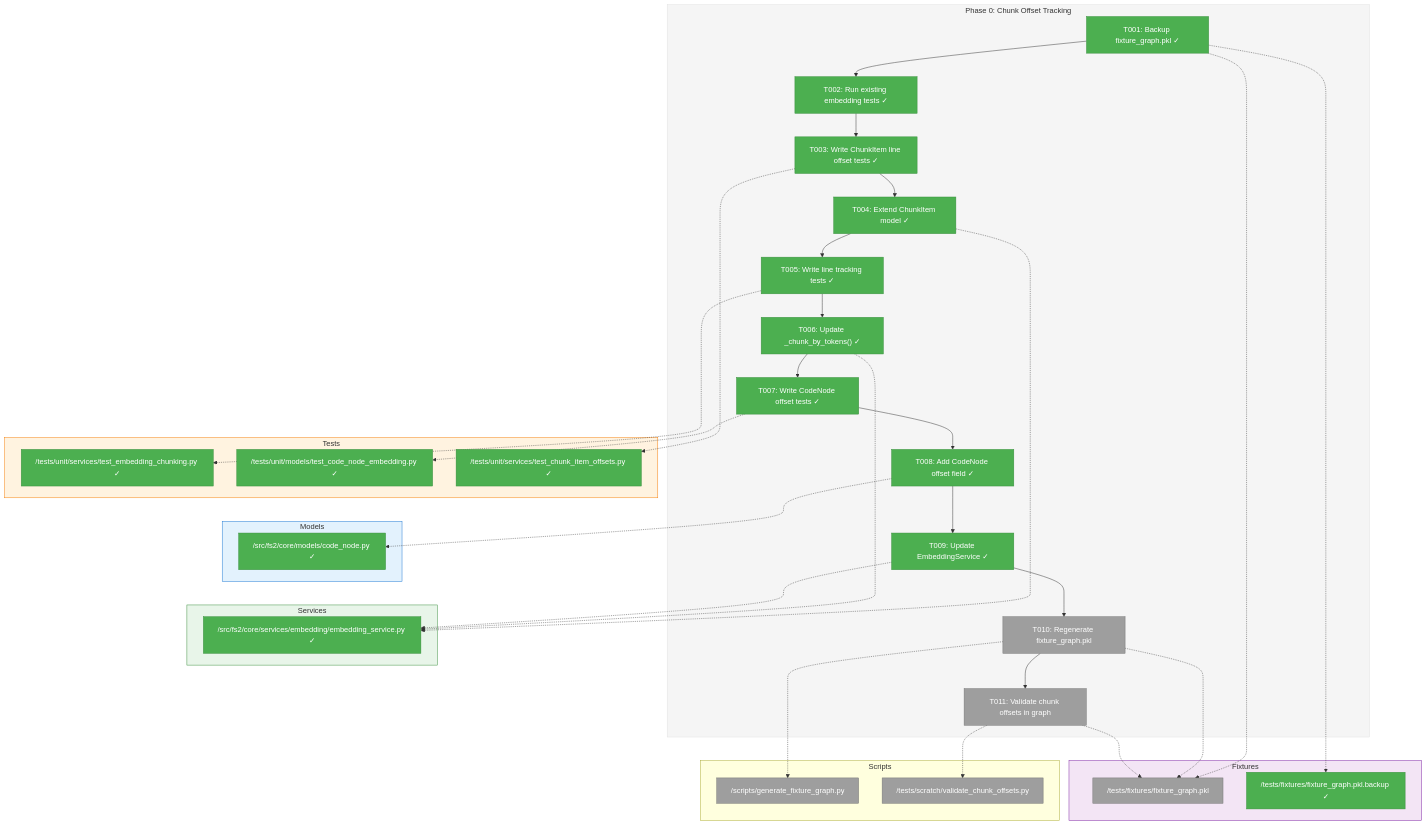
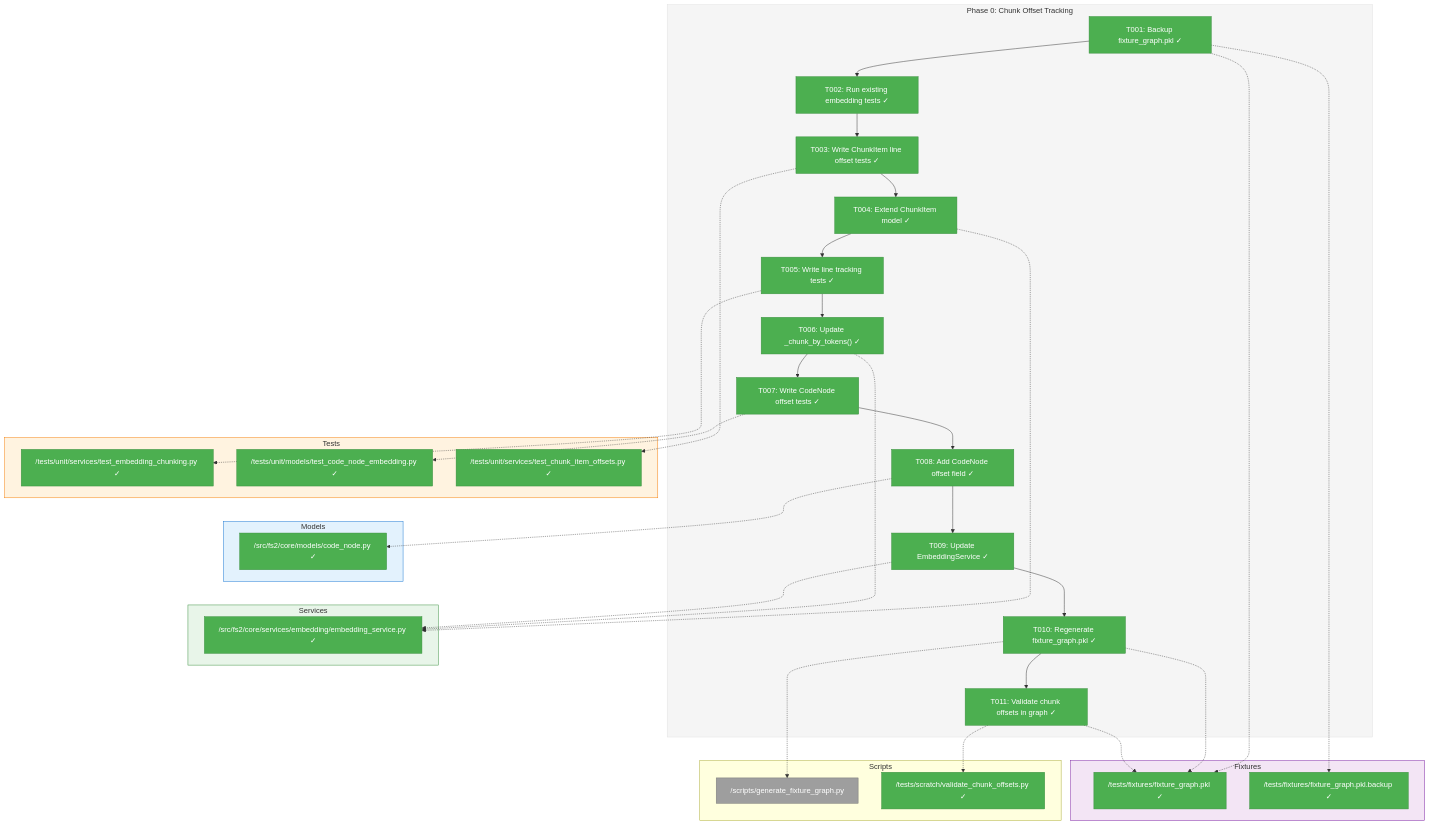
One commit to AI-Substrate/flow_squared changed the first of 3 diagrams in docs/plans/010-search/tasks/phase-0-chunk-offset-tracking/tasks.md. Above: the diagram before and after it, drawn with Mermaid. The commit also changed other lines of this file and 4 other files, not shown here.

Commit message:
feat: Complete Phase 0: Chunk Offset Tracking with fixture regeneration and validation script

````diff
--- a/docs/plans/010-search/tasks/phase-0-chunk-offset-tracking/tasks.md
+++ b/docs/plans/010-search/tasks/phase-0-chunk-offset-tracking/tasks.md
@@ -69,76 +69,76 @@
 ```mermaid
 flowchart TD
     classDef pending fill:#9E9E9E,stroke:#757575,color:#fff
     classDef inprogress fill:#FF9800,stroke:#F57C00,color:#fff
     classDef completed fill:#4CAF50,stroke:#388E3C,color:#fff
     classDef blocked fill:#F44336,stroke:#D32F2F,color:#fff
 
     style Phase fill:#F5F5F5,stroke:#E0E0E0
     style Models fill:#E3F2FD,stroke:#1976D2
     style Services fill:#E8F5E9,stroke:#388E3C
     style Tests fill:#FFF3E0,stroke:#F57C00
     style Fixtures fill:#F3E5F5,stroke:#7B1FA2
 
     subgraph Phase["Phase 0: Chunk Offset Tracking"]
         T001["T001: Backup fixture_graph.pkl ✓"]:::completed
         T002["T002: Run existing embedding tests ✓"]:::completed
         T003["T003: Write ChunkItem line offset tests ✓"]:::completed
         T004["T004: Extend ChunkItem model ✓"]:::completed
         T005["T005: Write line tracking tests ✓"]:::completed
         T006["T006: Update _chunk_by_tokens() ✓"]:::completed
         T007["T007: Write CodeNode offset tests ✓"]:::completed
         T008["T008: Add CodeNode offset field ✓"]:::completed
         T009["T009: Update EmbeddingService ✓"]:::completed
-        T010["T010: Regenerate fixture_graph.pkl"]:::pending
-        T011["T011: Validate chunk offsets in graph"]:::pending
+        T010["T010: Regenerate fixture_graph.pkl ✓"]:::completed
+        T011["T011: Validate chunk offsets in graph ✓"]:::completed
 
         T001 --> T002
         T002 --> T003
         T003 --> T004
         T004 --> T005
         T005 --> T006
         T006 --> T007
         T007 --> T008
         T008 --> T009
         T009 --> T010
         T010 --> T011
     end
 
     subgraph Models["Models"]
         F1["/src/fs2/core/models/code_node.py ✓"]:::completed
     end
 
     subgraph Services["Services"]
         F2["/src/fs2/core/services/embedding/embedding_service.py ✓"]:::completed
     end
 
     subgraph Tests["Tests"]
         F3["/tests/unit/services/test_embedding_chunking.py ✓"]:::completed
         F4["/tests/unit/models/test_code_node_embedding.py ✓"]:::completed
         F5["/tests/unit/services/test_chunk_item_offsets.py ✓"]:::completed
     end
 
     subgraph Fixtures["Fixtures"]
-        F6["/tests/fixtures/fixture_graph.pkl"]:::pending
+        F6["/tests/fixtures/fixture_graph.pkl ✓"]:::completed
         F7["/tests/fixtures/fixture_graph.pkl.backup ✓"]:::completed
     end
 
     subgraph Scripts["Scripts"]
         F8["/scripts/generate_fixture_graph.py"]:::pending
-        F9["/tests/scratch/validate_chunk_offsets.py"]:::pending
+        F9["/tests/scratch/validate_chunk_offsets.py ✓"]:::completed
     end
 
     T001 -.-> F6
     T001 -.-> F7
     T004 -.-> F2
     T006 -.-> F2
     T008 -.-> F1
     T009 -.-> F2
     T003 -.-> F5
     T005 -.-> F3
     T007 -.-> F4
     T010 -.-> F6
     T010 -.-> F8
     T011 -.-> F9
     T011 -.-> F6
 ```
````
